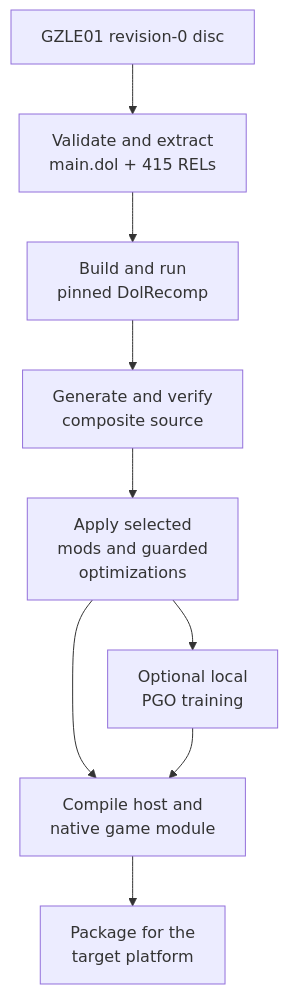
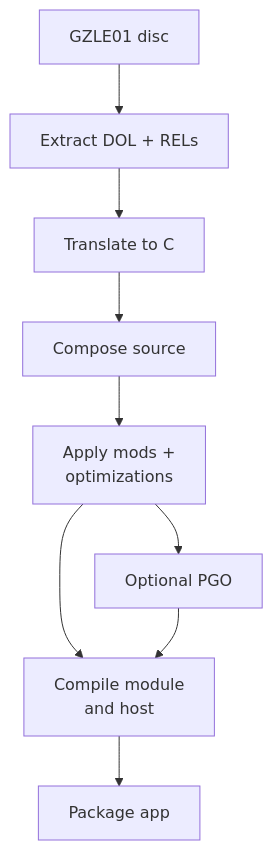
The first of 10 diagrams in docs/architecture/Build.md (Aelbannan/boat_of_daphnes), drawn with Mermaid before and after one commit. The commit also changed other lines of this file, not shown here.

Commit message:
Simplify build diagrams

````diff
--- a/docs/architecture/Build.md
+++ b/docs/architecture/Build.md
@@ -44,22 +44,16 @@
 ```mermaid
 flowchart TD
-    Disc["GZLE01 revision-0 disc"]
-    Extract["`Validate and extract
-main.dol + 415 RELs`"]
-    Translate["`Build and run
-pinned DolRecomp`"]
-    Composite["`Generate and verify
-composite source`"]
-    Prepare["`Apply selected
-mods and guarded
+    Disc["GZLE01 disc"]
+    Extract["Extract DOL + RELs"]
+    Translate["Translate to C"]
+    Composite["Compose source"]
+    Prepare["`Apply mods +
 optimizations`"]
-    PGO["`Optional local
-PGO training`"]
-    Compile["`Compile host and
-native game module`"]
-    Package["`Package for the
-target platform`"]
+    PGO["Optional PGO"]
+    Compile["`Compile module
+and host`"]
+    Package["Package app"]
 
     Disc --> Extract --> Translate --> Composite --> Prepare --> Compile --> Package
     Prepare --> PGO --> Compile
 ```
````
